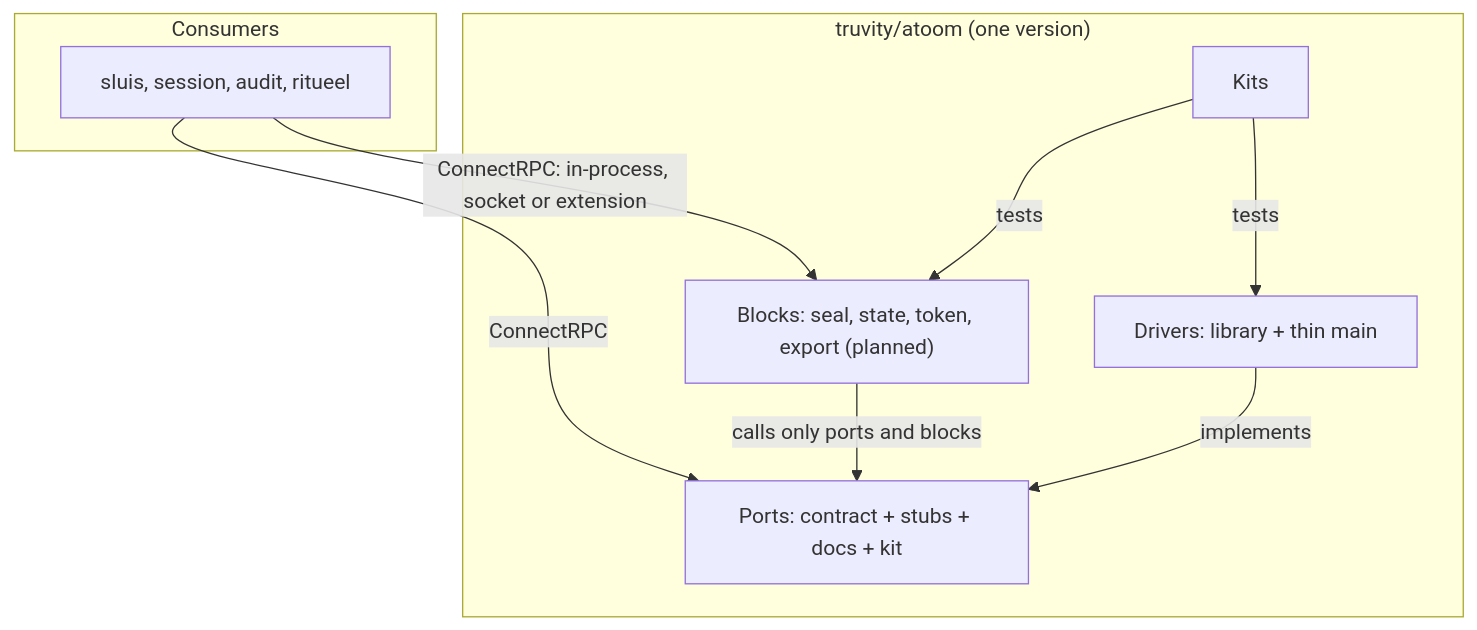
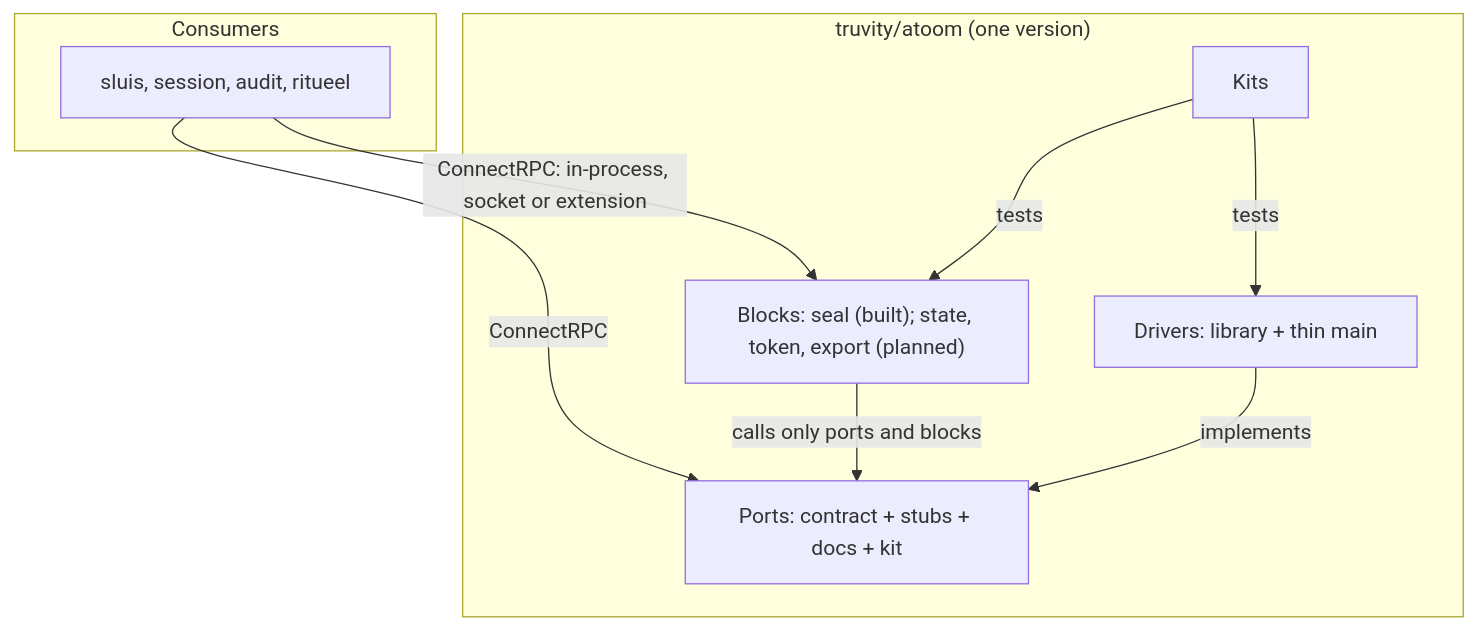
The diagram in docs/architecture.md (truvity/atoom), drawn with Mermaid before and after one commit. The commit also changed other lines of this file and 43 other files, not shown here.

````diff
--- a/docs/architecture.md
+++ b/docs/architecture.md
@@ -14,18 +14,18 @@
 ```mermaid
 flowchart TB
   subgraph consumers["Consumers"]
     C1["sluis, session, audit, ritueel"]
   end
   subgraph atoom["truvity/atoom (one version)"]
-    B["Blocks: seal, state, token, export (planned)"]
+    B["Blocks: seal (built); state, token, export (planned)"]
     P["Ports: contract + stubs + docs + kit"]
     D["Drivers: library + thin main"]
     K["Kits"]
   end
   C1 -- "ConnectRPC: in-process, socket or extension" --> B
   C1 -- "ConnectRPC" --> P
   B -- "calls only ports and blocks" --> P
   D -- implements --> P
   K -- tests --> D
   K -- tests --> B
 ```
````
